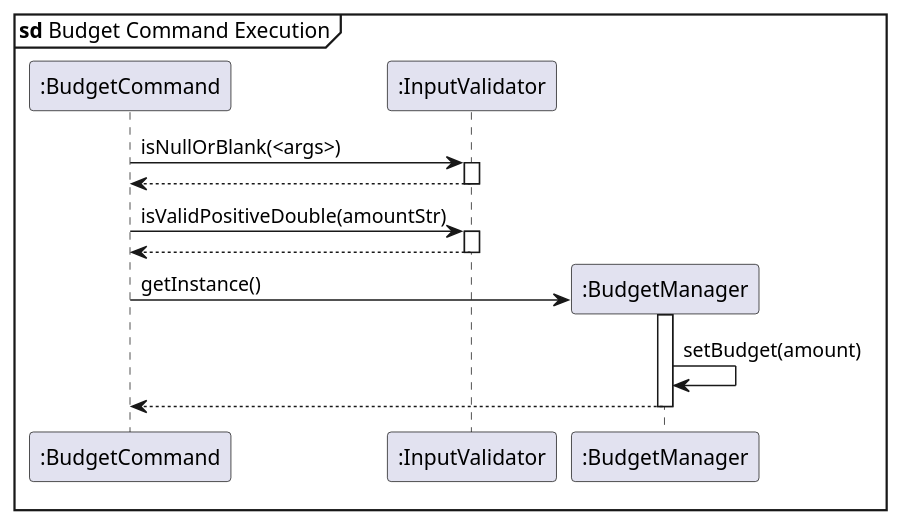
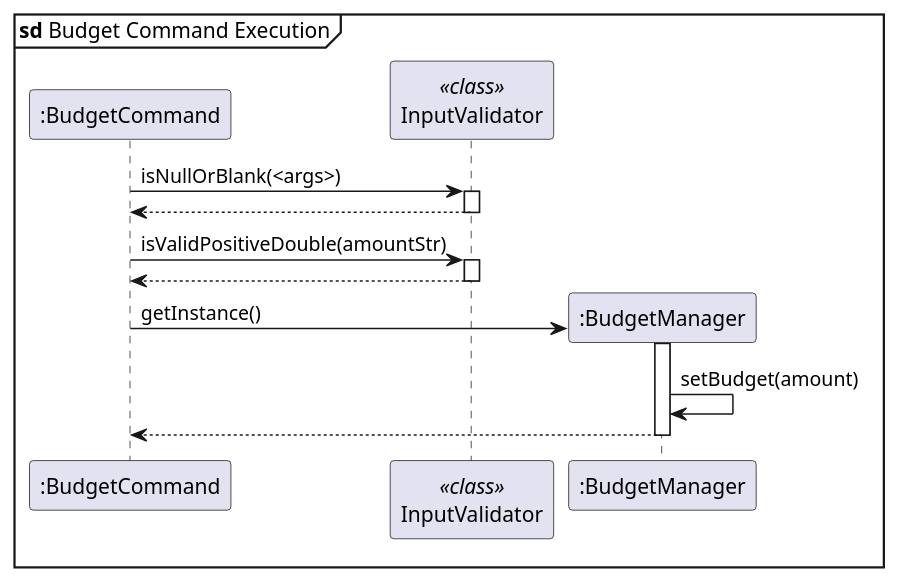
One commit to randust/tp changed the diagram in docs/diagrams/sequence/budget.puml. Above: the diagram before and after it, drawn with PlantUML. The commit also changed 2 other files, not shown here.

Commit message:
updated uml diagrams to indicate static method calls

```diff
--- a/docs/diagrams/sequence/budget.puml
+++ b/docs/diagrams/sequence/budget.puml
@@ -1,32 +1,32 @@
 @startuml budget
 
 mainframe **sd** Budget Command Execution
 
 participant ":BudgetCommand" as BC
-participant ":InputValidator" as Validator
+participant "InputValidator" as Validator <<class>>
 
 BC -> Validator : isNullOrBlank(<args>)
 activate Validator
 
 Validator --> BC :
 deactivate Validator
 
 BC -> Validator : isValidPositiveDouble(amountStr)
 activate Validator
 
 Validator --> BC :
 deactivate Validator
 
 create ":BudgetManager" as BM
 BC -> BM : getInstance()
 activate BM
 BM -> BM : setBudget(amount)
 
 BM --> BC:
 deactivate BM
 
 
 
 
 
 @enduml
```
